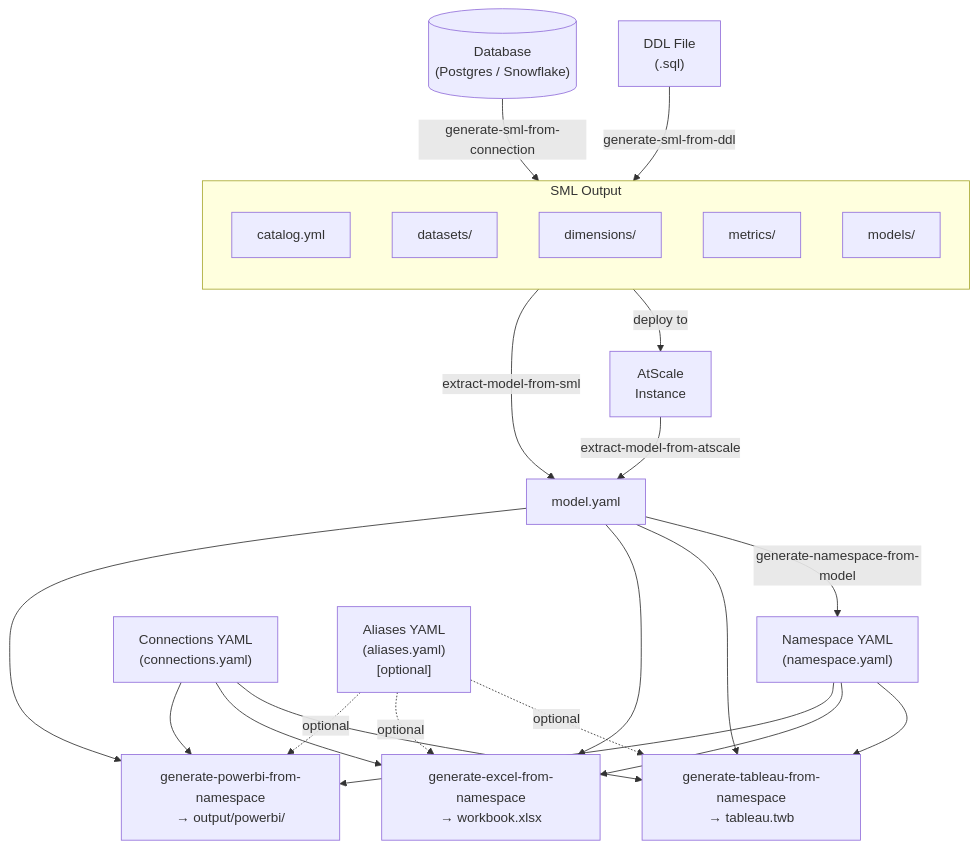
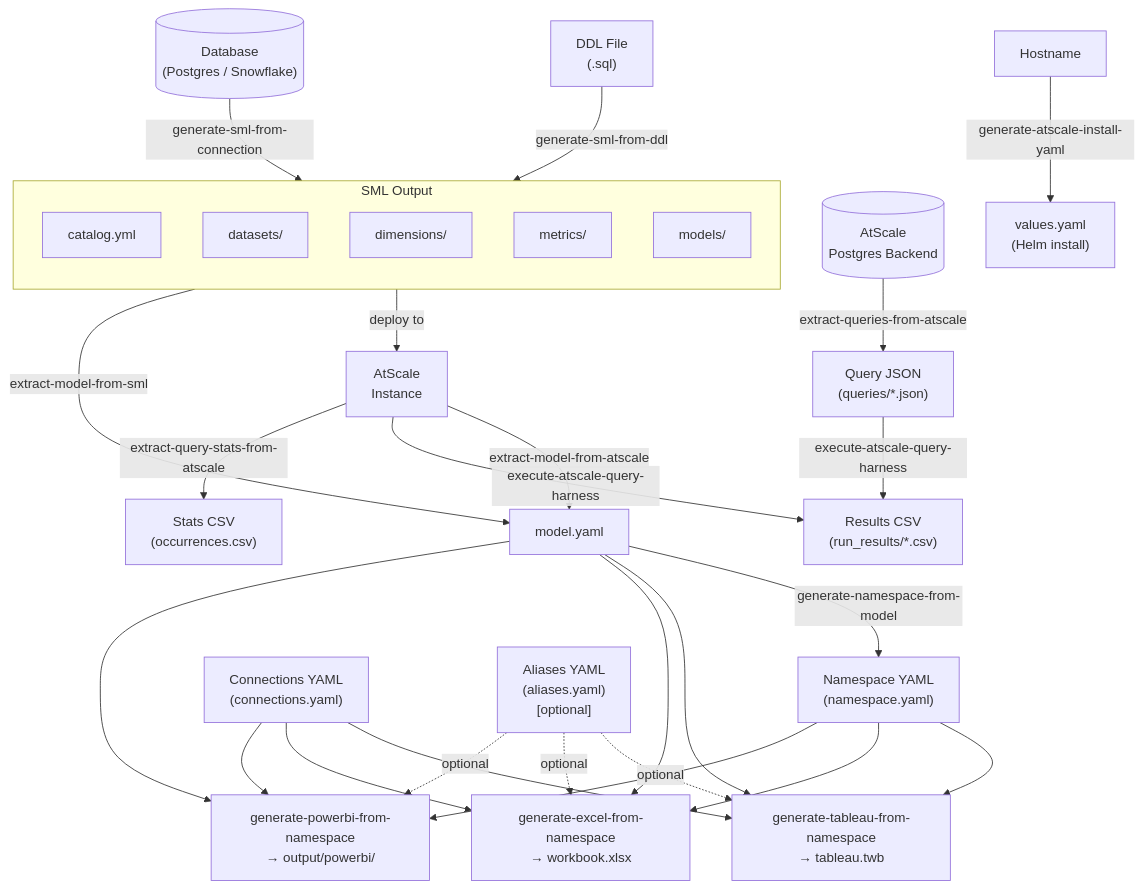
One commit to AtScaleInc/ps-utils changed the diagram in README.md. Above: the diagram before and after it, drawn with Mermaid. The commit also changed other lines of this file and 40 other files, not shown here.

````diff
--- a/README.md
+++ b/README.md
@@ -18,42 +13,59 @@
 ```mermaid
 flowchart TD
-    DDL["DDL File\n(.sql)"]
-    DB[("Database\n(Postgres / Snowflake)")]
-    ATS["AtScale\nInstance"]
-    NS["Namespace YAML\n(namespace.yaml)"]
-    CONN["Connections YAML\n(connections.yaml)"]
-    ALIASES["Aliases YAML\n(aliases.yaml)\n[optional]"]
+    DDL["DDL File<br/>(.sql)"]
+    DB[("Database<br/>(Postgres / Snowflake)")]
+    ATS["AtScale<br/>Instance"]
+    ATSDB[("AtScale<br/>Postgres Backend")]
+    NS["Namespace YAML<br/>(namespace.yaml)"]
+    CONN["Connections YAML<br/>(connections.yaml)"]
+    ALIASES["Aliases YAML<br/>(aliases.yaml)<br/>[optional]"]
 
     DDL -->|generate-sml-from-ddl| SML
     DB  -->|generate-sml-from-connection| SML
 
     subgraph SML["SML Output"]
         direction TB
         catalog["catalog.yml"]
         datasets["datasets/"]
         dims["dimensions/"]
         metrics["metrics/"]
         models["models/"]
     end
 
     SML -->|deploy to| ATS
     ATS -->|extract-model-from-atscale| MODEL["model.yaml"]
     SML -->|extract-model-from-sml| MODEL
 
     MODEL -->|generate-namespace-from-model| NS
     MODEL --> TWB
     MODEL --> XLSX
     NS    --> TWB
     NS    --> XLSX
     CONN  --> TWB
     CONN  --> XLSX
     ALIASES -.->|optional| TWB
     ALIASES -.->|optional| XLSX
     ALIASES -.->|optional| PBI
     MODEL --> PBI
     NS    --> PBI
     CONN  --> PBI
-    TWB["generate-tableau-from-namespace\n→ tableau.twb"]
-    XLSX["generate-excel-from-namespace\n→ workbook.xlsx"]
-    PBI["generate-powerbi-from-namespace\n→ output/powerbi/"]
+    TWB["generate-tableau-from-namespace<br/>→ tableau.twb"]
+    XLSX["generate-excel-from-namespace<br/>→ workbook.xlsx"]
+    PBI["generate-powerbi-from-namespace<br/>→ output/powerbi/"]
+
+    ATSDB -->|extract-queries-from-atscale| QJSON["Query JSON<br/>(queries/*.json)"]
+    QJSON -->|execute-atscale-query-harness| RCSV["Results CSV<br/>(run_results/*.csv)"]
+    ATS   -->|execute-atscale-query-harness| RCSV
+    ATS   -->|extract-query-stats-from-atscale| STATSCSV["Stats CSV<br/>(occurrences.csv)"]
+
+    HOSTNAME["Hostname"] -->|generate-atscale-install-yaml| VALUESYAML["values.yaml<br/>(Helm install)"]
+
+    click MODEL href "#extract-model-from-atscale" "extract-model-from-atscale"
+    click TWB href "#generate-tableau-from-namespace" "generate-tableau-from-namespace"
+    click XLSX href "#generate-excel-from-namespace" "generate-excel-from-namespace"
+    click PBI href "#generate-powerbi-from-namespace" "generate-powerbi-from-namespace"
+    click QJSON href "#extract-queries-from-atscale" "extract-queries-from-atscale"
+    click RCSV href "#execute-atscale-query-harness" "execute-atscale-query-harness"
+    click STATSCSV href "#extract-query-stats-from-atscale" "extract-query-stats-from-atscale"
+    click VALUESYAML href "#generate-atscale-install-yaml" "generate-atscale-install-yaml"
 ```
````
